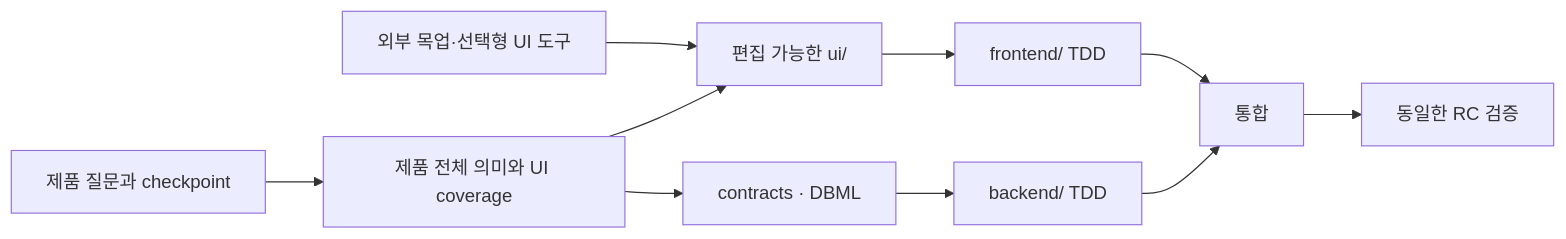
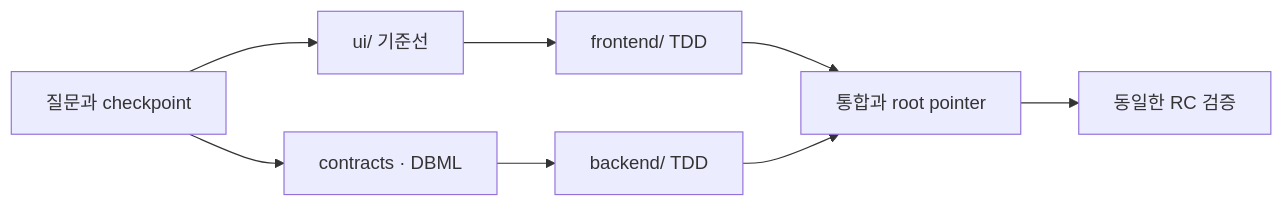
The diagram in README.ko.md (kcrmin/Stackcord), drawn with Mermaid before and after one commit. The commit also changed other lines of this file and 3 other files, not shown here.

````diff
--- a/README.ko.md
+++ b/README.ko.md
@@ -28,12 +63,10 @@
 ```mermaid
 flowchart LR
-    A["제품 질문과 checkpoint"] --> B["제품 전체 의미와 UI coverage"]
-    X["외부 목업·선택형 UI 도구"] --> U["편집 가능한 ui/"]
-    B --> U
+    Q["질문과 checkpoint"] --> U["ui/ 기준선"]
+    Q --> C["contracts · DBML"]
     U --> F["frontend/ TDD"]
-    B --> C["contracts · DBML"]
-    C --> D["backend/ TDD"]
-    F --> I["통합"]
-    D --> I
+    C --> B["backend/ TDD"]
+    F --> I["통합과 root pointer"]
+    B --> I
     I --> R["동일한 RC 검증"]
 ```
````
